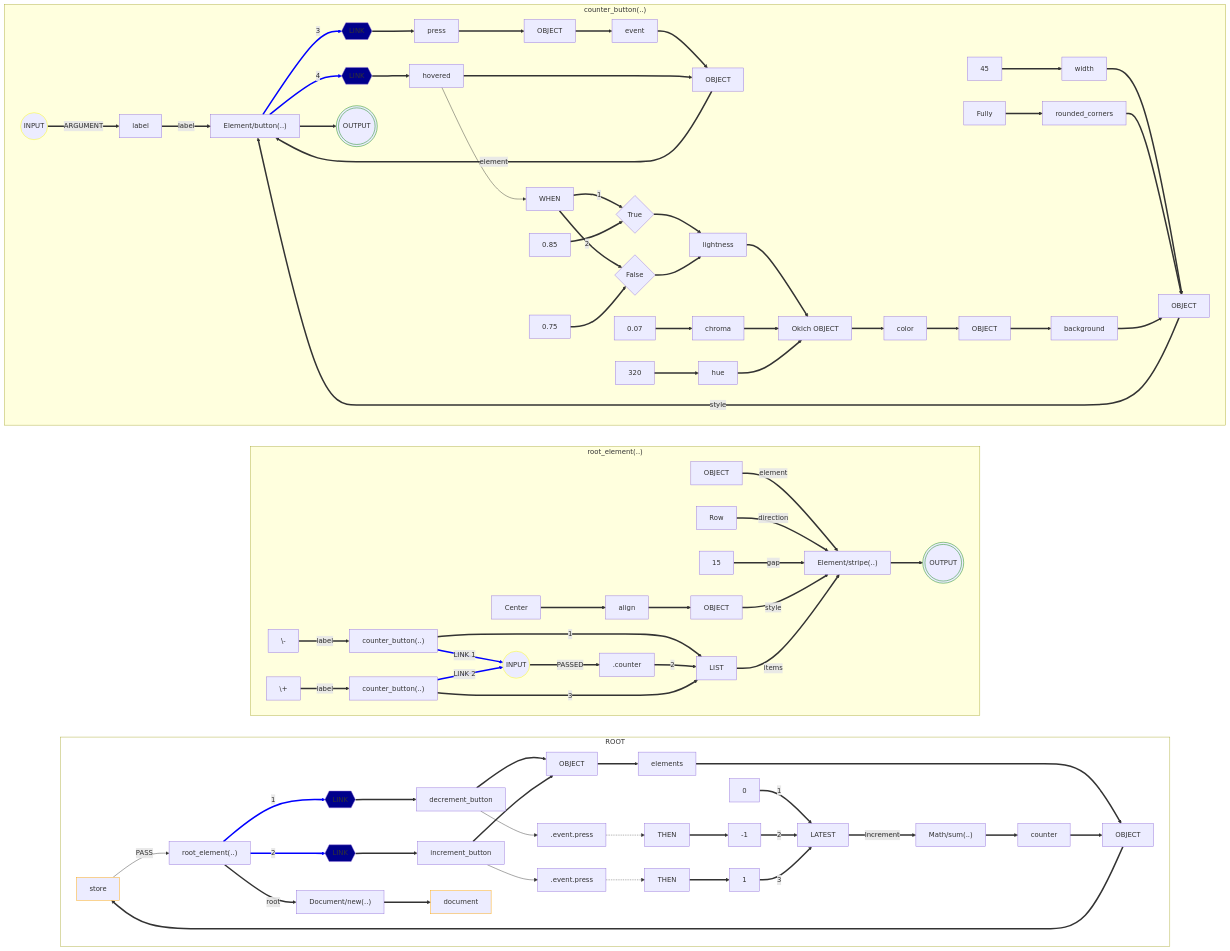
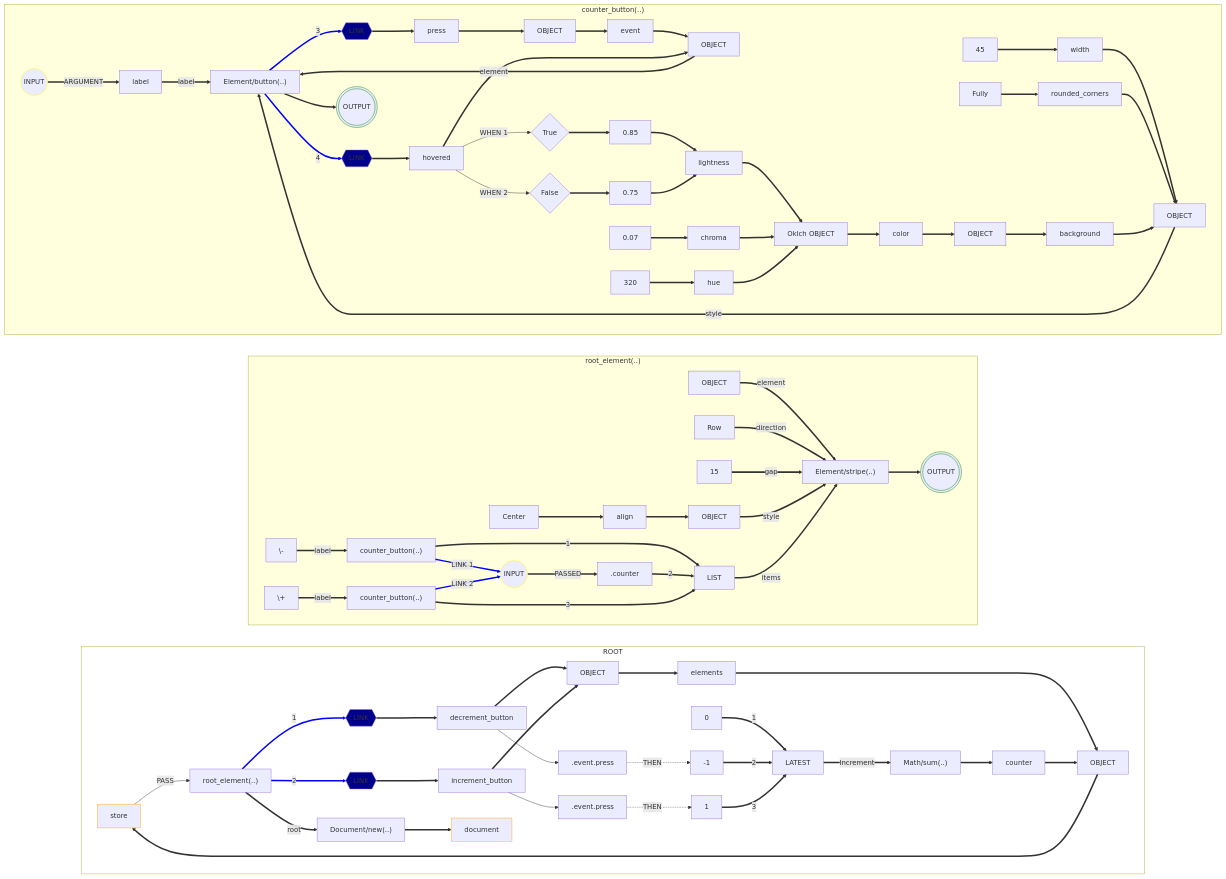
The diagram in examples/boon_lang/frontend/src/examples/counter_flow.md (MoonZoon/MoonZoon), drawn with Mermaid before and after one commit.

Commit message:
remove THEN and WHEN nodes from graphs

````diff
--- a/examples/boon_lang/frontend/src/examples/counter_flow.md
+++ b/examples/boon_lang/frontend/src/examples/counter_flow.md
@@ -33,17 +33,13 @@
         NUM_0__9["0"]
         GET_elements.decrement_button.event.press__10[".event.press"]   
         GET_elements.increment_button.event.press__11[".event.press"]
-        THEN__12["THEN"]
-        THEN__13["THEN"]
         NUM_minus_1__14["-1"]
         NUM_1__15["1"]   
         CALL_Math_sum__16["Math/sum(..)"]
 
         NUM_0__9 ==> |"1"| LATEST__8
-        GET_elements.decrement_button.event.press__10 .-> THEN__12
-        THEN__12 ==> NUM_minus_1__14
-        GET_elements.increment_button.event.press__11 .-> THEN__13
-        THEN__13 ==> NUM_1__15
+        GET_elements.decrement_button.event.press__10 .-> |"THEN"| NUM_minus_1__14
+        GET_elements.increment_button.event.press__11 .-> |"THEN"| NUM_1__15
         NUM_minus_1__14 ==> |"2"| LATEST__8
         NUM_1__15 ==> |"3"| LATEST__8
         LATEST__8 ==> |"Increment"| CALL_Math_sum__16
@@ -63,7 +59,7 @@
         CALL_root_element__19 ==> |"1"| LIN__5
         CALL_root_element__19 ==> |"2"| LIN__6
 
-        linkStyle 22,23 stroke:Blue;
+        linkStyle 20,21 stroke:Blue;
     end
 
     subgraph FUNCTION_root_element__20["root_element(..)"]
@@ -109,7 +105,7 @@
 
         CALL_Element_stripe__21 ==> OUTPUT__47
 
-        linkStyle 37,38 stroke:Blue;
+        linkStyle 35,36 stroke:Blue;
     end
 
     subgraph FUNCTION_counter_button__33["counter_button(..)"]
@@ -147,9 +143,8 @@
         NUM_0.07__55["0.07"]
         NUM_320__56["320"]
 
-        WHEN__58["WHEN"]
-        ARM_True__59{"True"}
-        ARM_False__60{"False"}
+        WHEN_True__59{"True"}
+        WHEN_False__60{"False"}
         NUM_0.85__61["0.85"]
         NUM_0.75__62["0.75"]
 
@@ -179,18 +174,17 @@
         NUM_0.07__55 ==> VAR_chroma__53
         NUM_320__56 ==> VAR_hue__54
 
-        VAR_hovered__39 --> WHEN__58
-        WHEN__58 ==> |"1"| ARM_True__59
-        NUM_0.85__61 ==> ARM_True__59
-        WHEN__58 ==> |"2"| ARM_False__60
-        NUM_0.75__62 ==> ARM_False__60
-        ARM_True__59 ==> VAR_lightness__52
-        ARM_False__60 ==> VAR_lightness__52
+        VAR_hovered__39 --> |"WHEN 1"| WHEN_True__59
+        NUM_0.85__61 ==> VAR_lightness__52
+        VAR_hovered__39 --> |"WHEN 2"| WHEN_False__60
+        NUM_0.75__62 ==> VAR_lightness__52
+        WHEN_True__59 ==> NUM_0.85__61
+        WHEN_False__60 ==> NUM_0.75__62
 
         ARG_label__46 ==> |"label"| CALL_Element_button__33
 
         CALL_Element_button__33 ==> OUTPUT__49
 
-        linkStyle 40,41 stroke:Blue;
+        linkStyle 38,39 stroke:Blue;
     end
 ```
````
